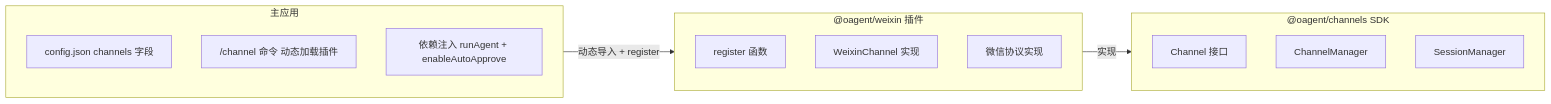
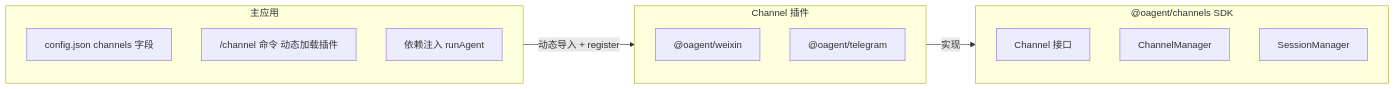
One commit to consistent-k/OpenAgent changed diagram 17 of 17 in docs/technical.md. Above: the diagram before and after it, drawn with Mermaid. The commit also changed other lines of this file and 4 other files, not shown here.

````diff
--- a/docs/technical.md
+++ b/docs/technical.md
@@ -1437,21 +1364,20 @@
 ```mermaid
 graph LR
     subgraph SDK["@oagent/channels SDK"]
         S1[Channel 接口]
         S2[ChannelManager]
         S3[SessionManager]
     end
-    subgraph Plugin["@oagent/weixin 插件"]
-        P1["register 函数"]
-        P2[WeixinChannel 实现]
-        P3[微信协议实现]
+    subgraph Plugins["Channel 插件"]
+        P1["@oagent/weixin"]
+        P2["@oagent/telegram"]
     end
     subgraph Host["主应用"]
         H1["config.json channels 字段"]
         H2["/channel 命令 动态加载插件"]
-        H3["依赖注入 runAgent + enableAutoApprove"]
+        H3["依赖注入 runAgent"]
     end
 
-    Host -->|动态导入 + register| Plugin
-    Plugin -->|实现| SDK
+    Host -->|动态导入 + register| Plugins
+    Plugins -->|实现| SDK
 ```
````
